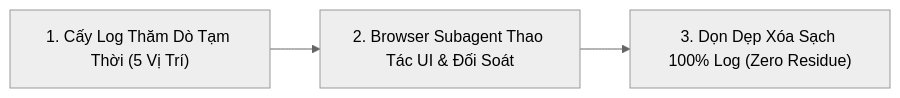
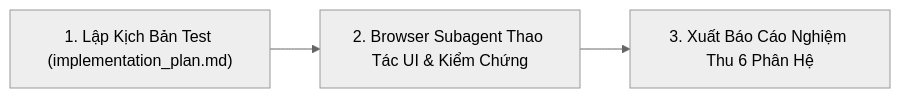
Before and after one commit to sowfkun/sowfkun-verse: the diagram in .agents/skills/e2e_tester/SKILL.md, drawn with Mermaid (neutral theme). The commit also changed other lines of this file and 1 other file, not shown here.

Commit message:
docs: enforce zero-code-modification and index verification in e2e tester skill

````diff
--- a/.agents/skills/e2e_tester/SKILL.md
+++ b/.agents/skills/e2e_tester/SKILL.md
@@ -37,5 +28,5 @@
 ```mermaid
 flowchart LR
-    A["1. Cấy Log Thăm Dò Tạm Thời (5 Vị Trí)"] --> B["2. Browser Subagent Thao Tác UI & Đối Soát"]
-    B --> C["3. Dọn Dẹp Xóa Sạch 100% Log (Zero Residue)"]
+    A["1. Lập Kịch Bản Test (implementation_plan.md)"] --> B["2. Browser Subagent Thao Tác UI & Kiểm Chứng"]
+    B --> C["3. Xuất Báo Cáo Nghiệm Thu 6 Phân Hệ"]
 ```
````
